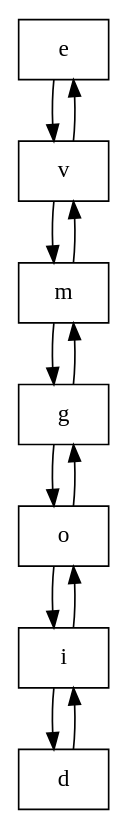
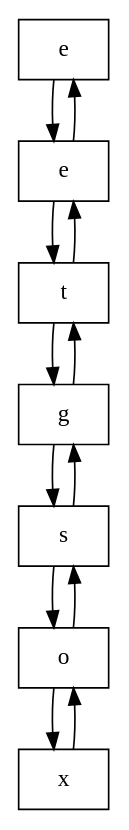
The diagram in FichasDeJugador1.dot (AdriGomez95/EDD_1S2020_PY1_201504236-master), drawn with Graphviz before and after one commit. The commit also changed 14 other files, not shown here.

```diff
--- a/FichasDeJugador1.dot
+++ b/FichasDeJugador1.dot
@@ -1,9 +1,9 @@
 digraph G{
 node0[shape = record,label = "e"];
-node1[shape = record,label = "v"];
-node2[shape = record,label = "m"];
+node1[shape = record,label = "e"];
+node2[shape = record,label = "t"];
 node3[shape = record,label = "g"];
-node4[shape = record,label = "o"];
-node5[shape = record,label = "i"];
-node6[shape = record,label = "d"];
+node4[shape = record,label = "s"];
+node5[shape = record,label = "o"];
+node6[shape = record,label = "x"];
 node0->node1->node2->node3->node4->node5->node6;node6->node5->node4->node3->node2->node1->node0;}
```
